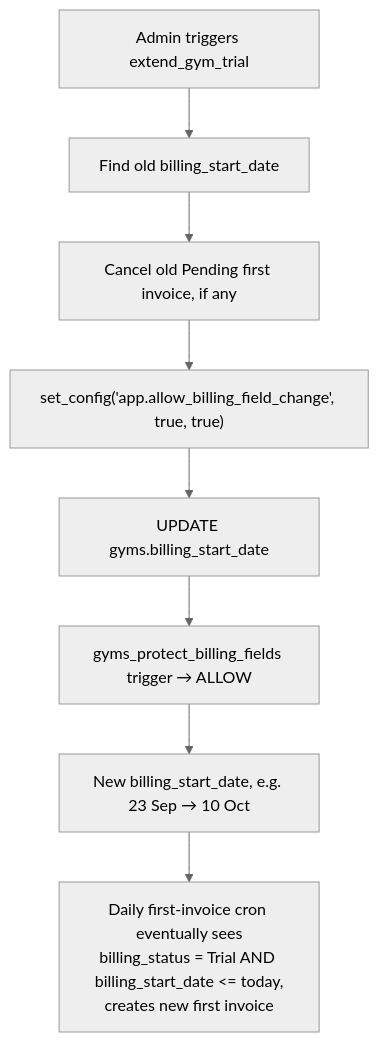
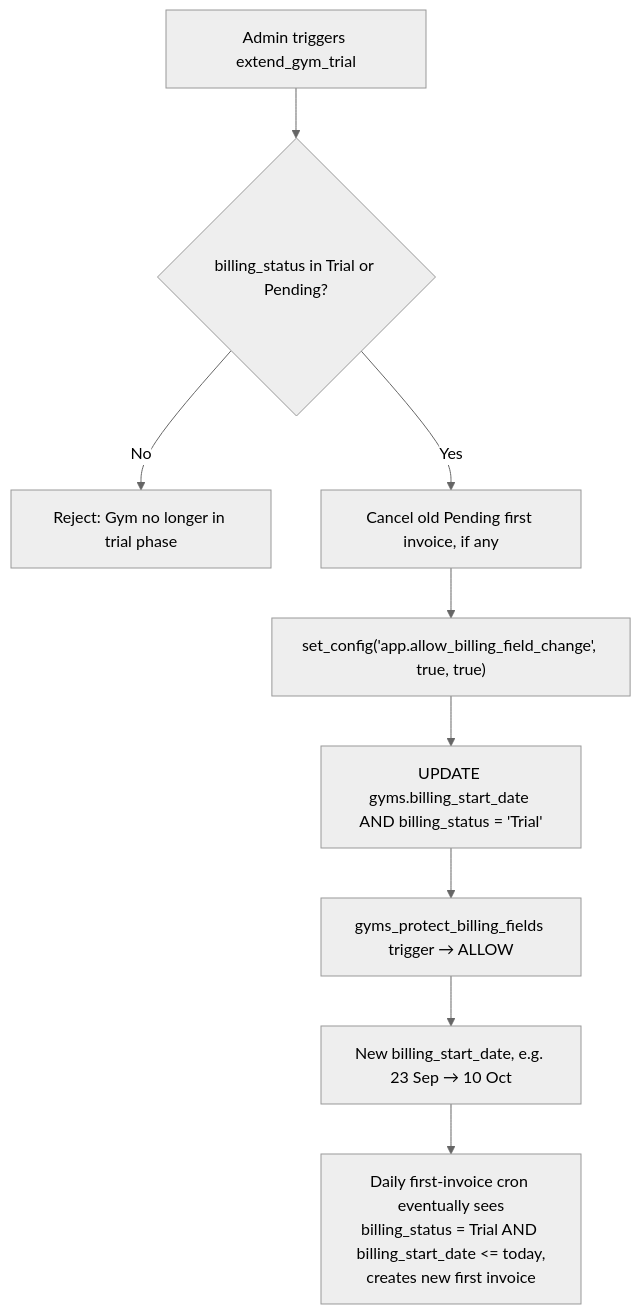
One commit to Sahil2720kumar/trackVim changed diagram 20 of 23 in SaasBilling.md. Above: the diagram before and after it, drawn with Mermaid (neutral theme). The commit also changed other lines of this file and 14 other files, not shown here.

````diff
--- a/SaasBilling.md
+++ b/SaasBilling.md
@@ -492,10 +494,11 @@
 ```mermaid
 flowchart TD
-    A[Admin triggers extend_gym_trial] --> B[Find old billing_start_date]
-    B --> C[Cancel old Pending first invoice, if any]
+    A[Admin triggers extend_gym_trial] --> B{billing_status in Trial or Pending?}
+    B -- No --> REJ[Reject: Gym no longer in trial phase]
+    B -- Yes --> C[Cancel old Pending first invoice, if any]
     C --> D["set_config('app.allow_billing_field_change', true, true)"]
-    D --> E[UPDATE gyms.billing_start_date]
+    D --> E["UPDATE gyms.billing_start_date AND billing_status = 'Trial'"]
     E --> F[gyms_protect_billing_fields trigger → ALLOW]
     F --> G["New billing_start_date, e.g. 23 Sep → 10 Oct"]
     G --> H["Daily first-invoice cron eventually sees\nbilling_status = Trial AND billing_start_date <= today,\ncreates new first invoice"]
 ```
````
